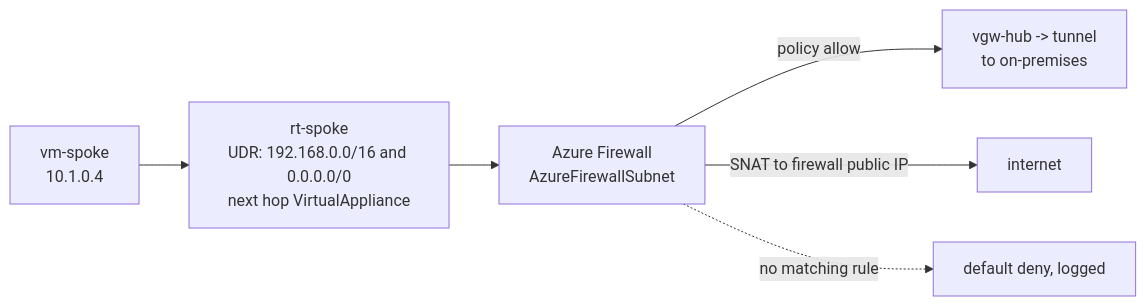
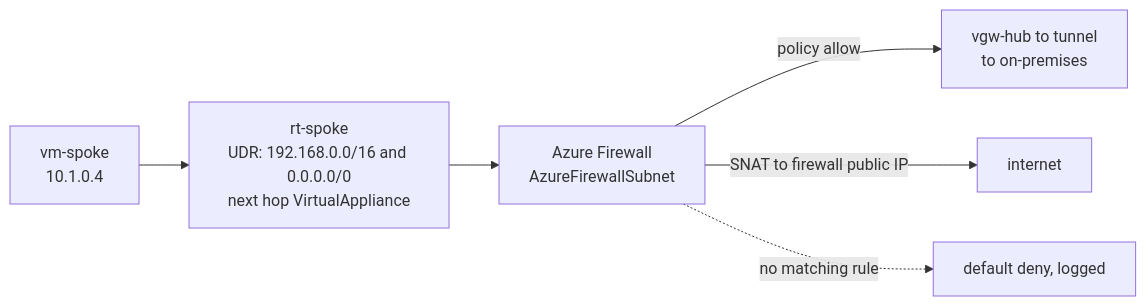
The second of 5 diagrams in docs/architecture.md (sindredg/hybrid-network-az), drawn with Mermaid before and after one commit. The commit also changed other lines of this file and 14 other files, not shown here.

````diff
--- a/docs/architecture.md
+++ b/docs/architecture.md
@@ -61,8 +55,8 @@
 ```mermaid
 flowchart LR
     A["vm-spoke<br/>10.1.0.4"] --> B["rt-spoke<br/>UDR: 192.168.0.0/16 and 0.0.0.0/0<br/>next hop VirtualAppliance"]
     B --> C["Azure Firewall<br/>AzureFirewallSubnet"]
-    C -->|"policy allow"| D["vgw-hub -> tunnel<br/>to on-premises"]
+    C -->|"policy allow"| D["vgw-hub to tunnel<br/>to on-premises"]
     C -->|"SNAT to firewall public IP"| E["internet"]
     C -.->|"no matching rule"| F["default deny, logged"]
 ```
````
